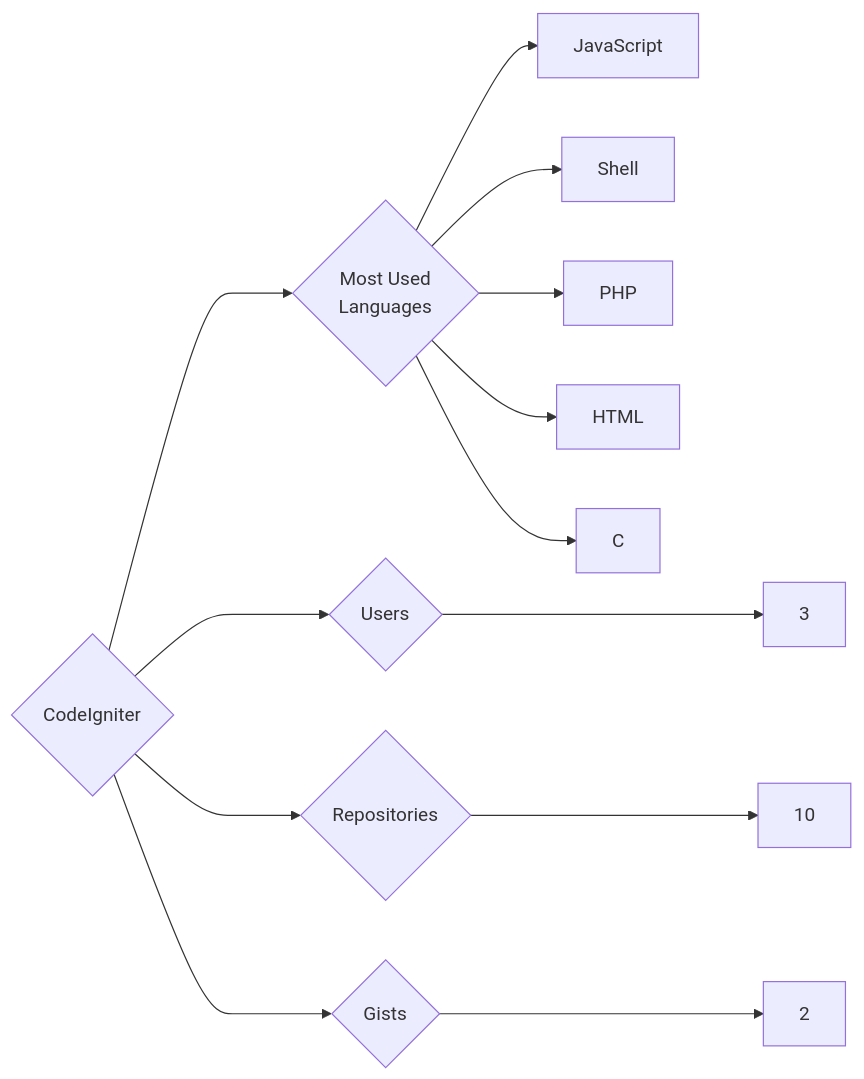
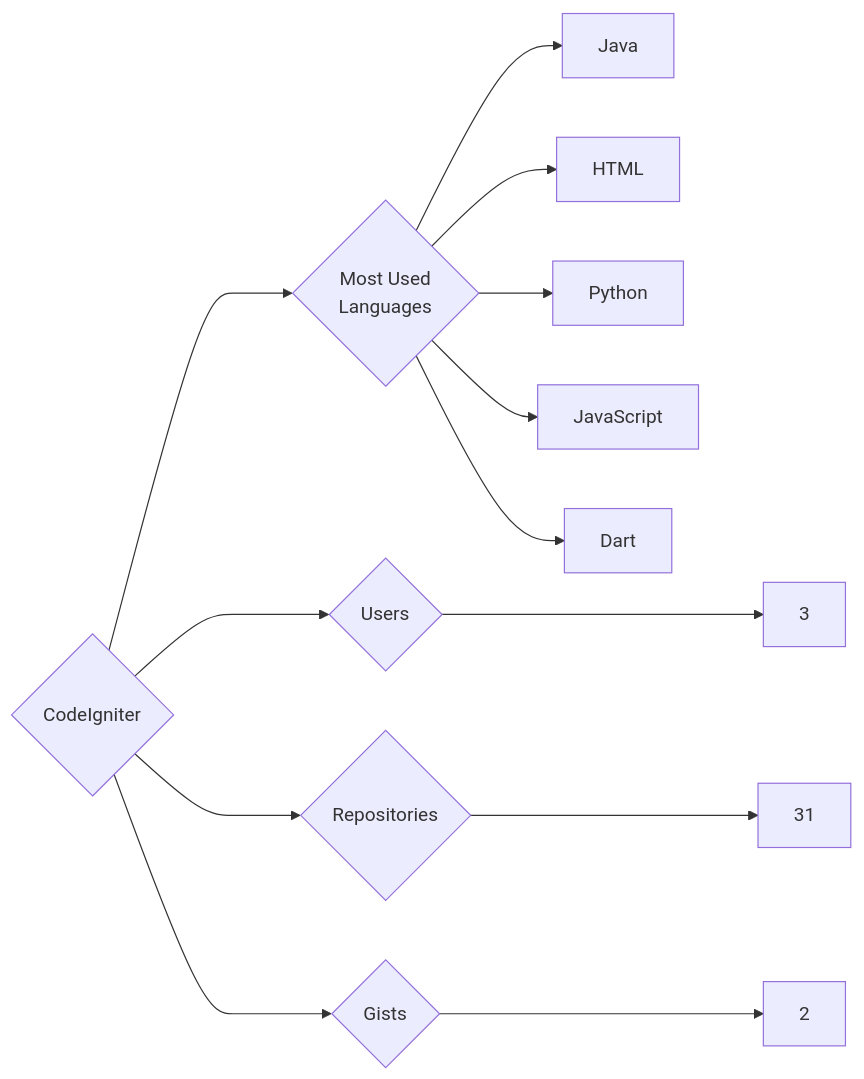
Before and after one commit to trickest/insiders: the diagram in targets/CodeIgniter/README.md, drawn with Mermaid. The commit also changed 1036 other files, not shown here.

````diff
--- a/targets/CodeIgniter/README.md
+++ b/targets/CodeIgniter/README.md
@@ -3,13 +3,13 @@
 ```mermaid
 graph LR
 COMPANY_NAME{CodeIgniter}
 COMPANY_NAME ---> U{Users} ---> UN[3]
-COMPANY_NAME ---> R{Repositories} ---> RN[10]
+COMPANY_NAME ---> R{Repositories} ---> RN[31]
 COMPANY_NAME ---> G{Gists} ---> GN[2]
 COMPANY_NAME ---> ML{Most Used<br>Languages}
+ML --> Java[Java]
+ML --> HTML[HTML]
+ML --> Python[Python]
 ML --> JavaScript[JavaScript]
-ML --> Shell[Shell]
-ML --> PHP[PHP]
-ML --> HTML[HTML]
-ML --> C[C]
+ML --> Dart[Dart]
 ```
````
